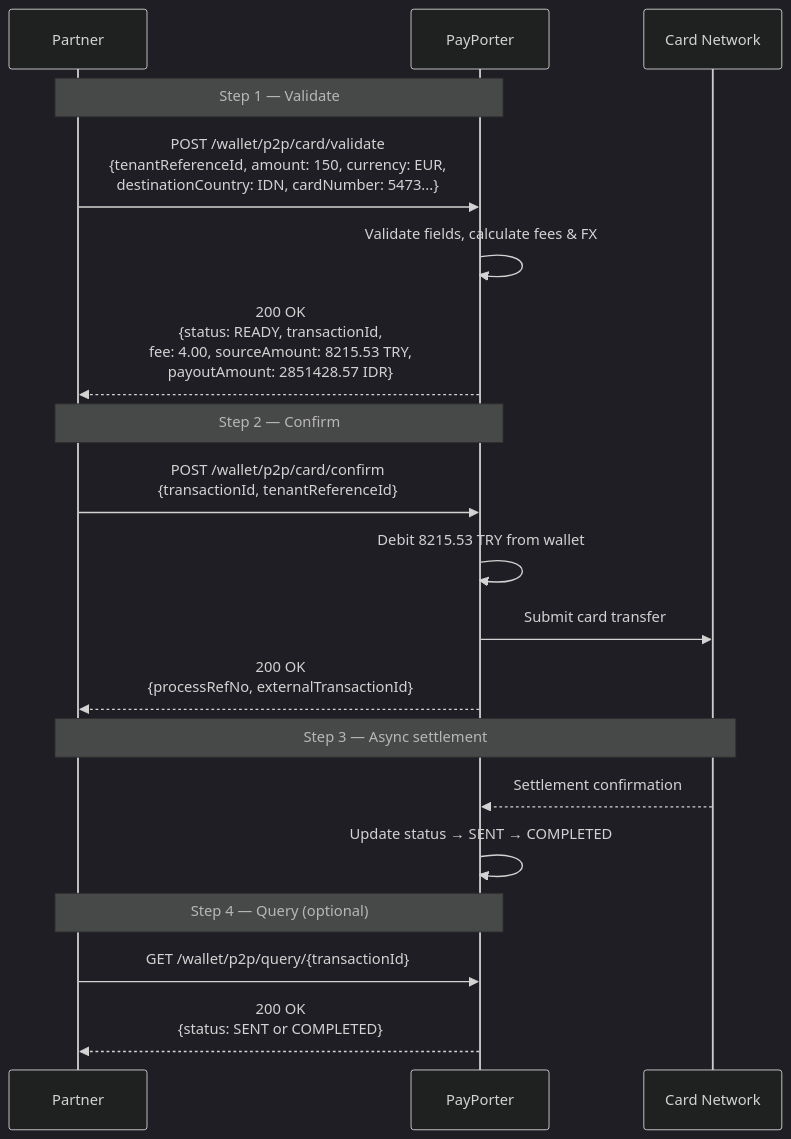
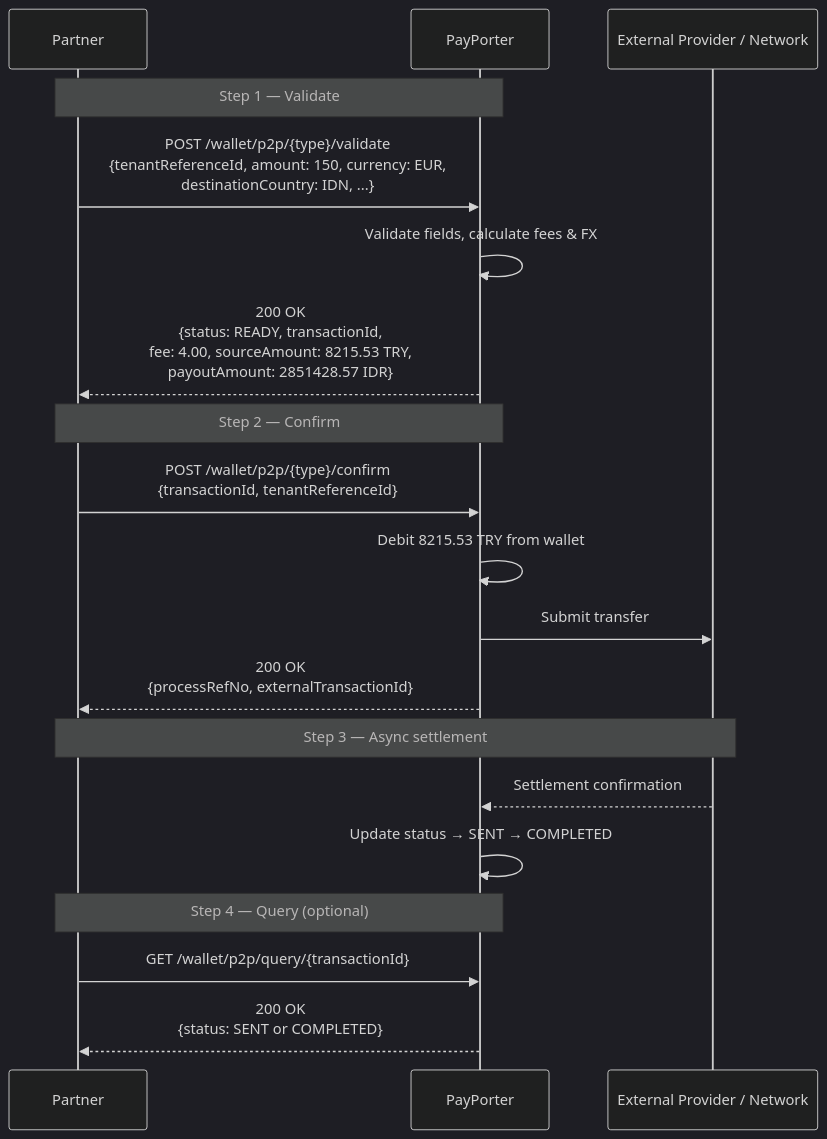
Before and after one commit to commitup/api-doc-v2: the first of 2 diagrams in docs/whitelabel-wallet-v2/flow-diagrams.md, drawn with Mermaid (dark theme). The commit also changed other lines of this file and 11 other files, not shown here.

Commit message:
refactor: standardize P2P transfer documentation and expand parameter collection guides for account and card flows.

````diff
--- a/docs/whitelabel-wallet-v2/flow-diagrams.md
+++ b/docs/whitelabel-wallet-v2/flow-diagrams.md
@@ -9,25 +9,25 @@
 ```mermaid
 sequenceDiagram
     participant Partner
     participant PayPorter
-    participant CardNetwork as Card Network
+    participant ExternalNetwork as External Provider / Network
 
     Note over Partner, PayPorter: Step 1 — Validate
-    Partner->>PayPorter: POST /wallet/p2p/card/validate<br/>{tenantReferenceId, amount: 150, currency: EUR,<br/>destinationCountry: IDN, cardNumber: 5473...}
+    Partner->>PayPorter: POST /wallet/p2p/{type}/validate<br/>{tenantReferenceId, amount: 150, currency: EUR,<br/>destinationCountry: IDN, ...}
     PayPorter->>PayPorter: Validate fields, calculate fees & FX
     PayPorter-->>Partner: 200 OK<br/>{status: READY, transactionId,<br/>fee: 4.00, sourceAmount: 8215.53 TRY,<br/>payoutAmount: 2851428.57 IDR}
 
     Note over Partner, PayPorter: Step 2 — Confirm
-    Partner->>PayPorter: POST /wallet/p2p/card/confirm<br/>{transactionId, tenantReferenceId}
+    Partner->>PayPorter: POST /wallet/p2p/{type}/confirm<br/>{transactionId, tenantReferenceId}
     PayPorter->>PayPorter: Debit 8215.53 TRY from wallet
-    PayPorter->>CardNetwork: Submit card transfer
+    PayPorter->>ExternalNetwork: Submit transfer
     PayPorter-->>Partner: 200 OK<br/>{processRefNo, externalTransactionId}
 
-    Note over Partner, CardNetwork: Step 3 — Async settlement
-    CardNetwork-->>PayPorter: Settlement confirmation
+    Note over Partner, ExternalNetwork: Step 3 — Async settlement
+    ExternalNetwork-->>PayPorter: Settlement confirmation
     PayPorter->>PayPorter: Update status → SENT → COMPLETED
 
     Note over Partner, PayPorter: Step 4 — Query (optional)
     Partner->>PayPorter: GET /wallet/p2p/query/{transactionId}
     PayPorter-->>Partner: 200 OK<br/>{status: SENT or COMPLETED}
 ```
````
